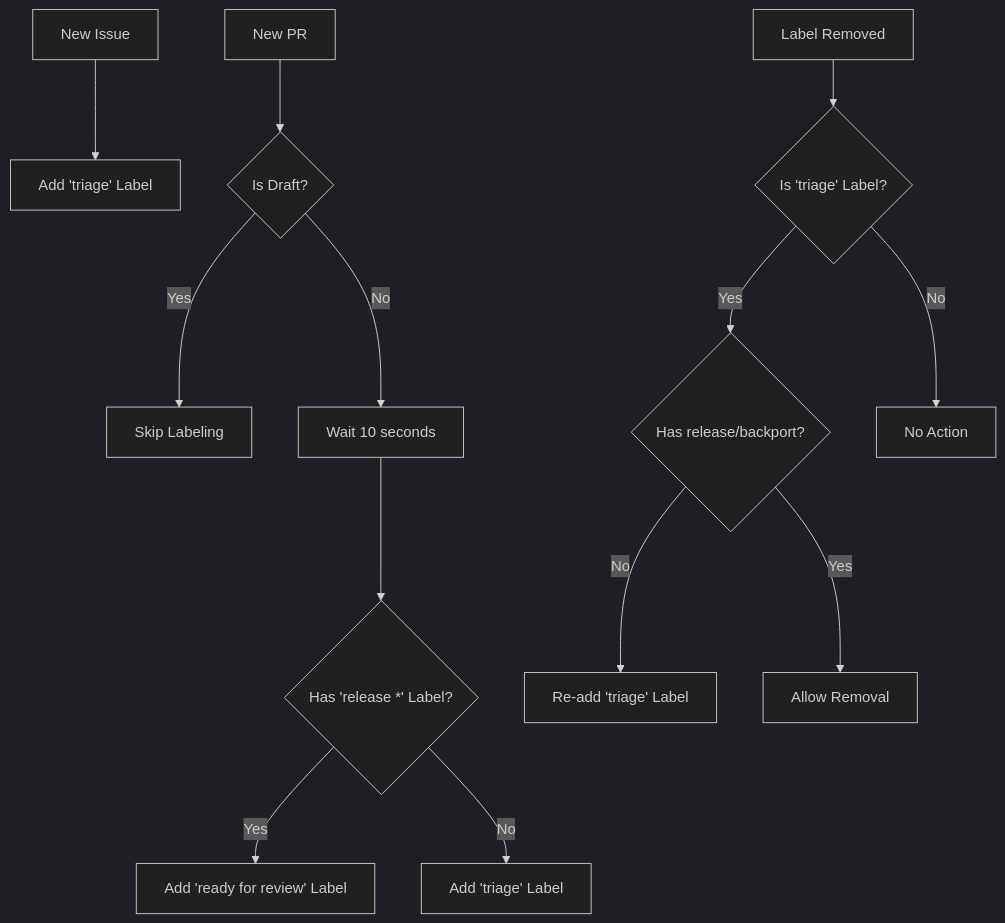
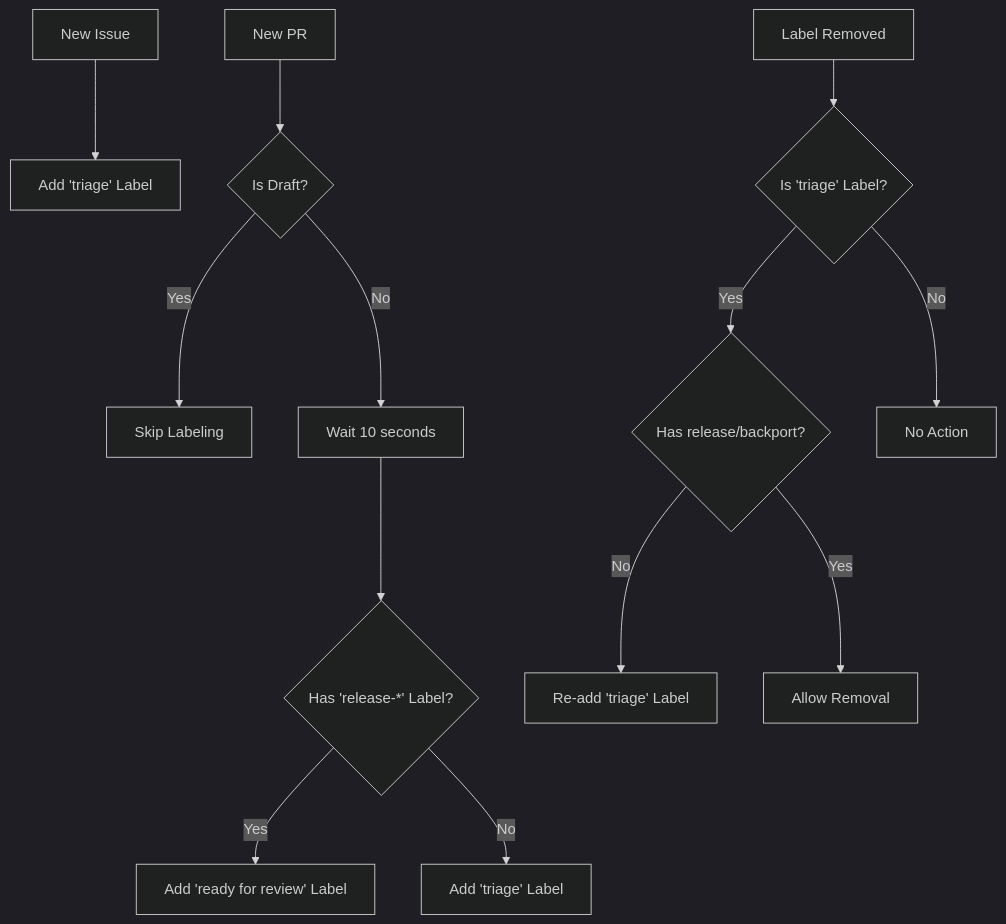
Before and after one commit to thenets/repo-automation: the first of 7 diagrams in README.md, drawn with Mermaid (dark theme). The commit also changed other lines of this file and 11 other files, not shown here.

````diff
--- a/README.md
+++ b/README.md
@@ -217,15 +217,15 @@
 ```mermaid
 flowchart TD
     A[New Issue] --> B[Add 'triage' Label]
     C[New PR] --> D{Is Draft?}
     D -->|Yes| E[Skip Labeling]
     D -->|No| F[Wait 10 seconds]
-    F --> G{Has 'release *' Label?}
+    F --> G{Has 'release-*' Label?}
     G -->|Yes| H[Add 'ready for review' Label]
     G -->|No| I[Add 'triage' Label]
     J[Label Removed] --> K{Is 'triage' Label?}
     K -->|Yes| L{Has release/backport?}
     L -->|No| M[Re-add 'triage' Label]
     L -->|Yes| N[Allow Removal]
     K -->|No| O[No Action]
 ```
````
